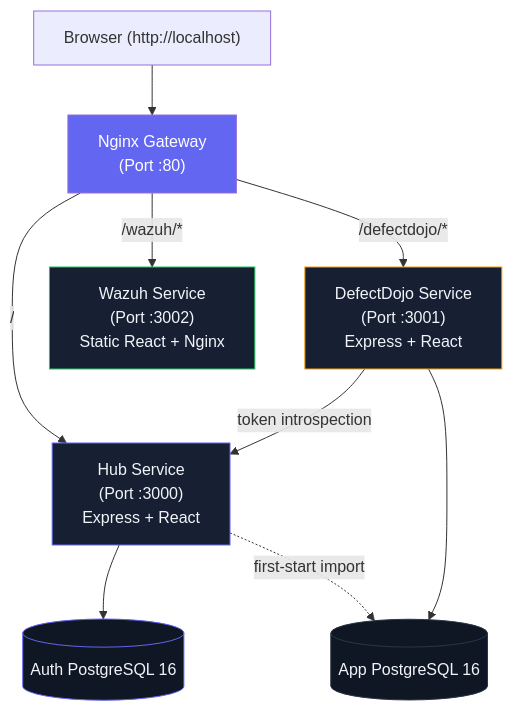
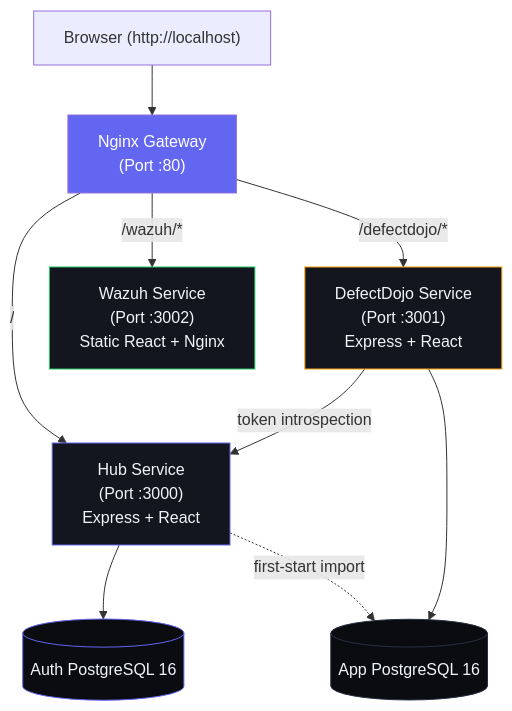
The diagram in README.md (Ratthapoom681/Middleware-2.0), drawn with Mermaid before and after one commit. The commit also changed 9 other files, not shown here.

````diff
--- a/README.md
+++ b/README.md
@@ -11,20 +11,20 @@
 ```mermaid
 graph TB
     User["Browser (http://localhost)"] --> Gateway["Nginx Gateway\n(Port :80)"]
     
     Gateway -->|"/"| Hub["Hub Service\n(Port :3000)\nExpress + React"]
     Gateway -->|"/defectdojo/*"| DDojo["DefectDojo Service\n(Port :3001)\nExpress + React"]
     Gateway -->|"/wazuh/*"| Wazuh["Wazuh Service\n(Port :3002)\nStatic React + Nginx"]
     
     Hub --> AuthDB[(Auth PostgreSQL 16)]
     Hub -. first-start import .-> DB[(App PostgreSQL 16)]
     DDojo --> DB
     DDojo -->|token introspection| Hub
 
     style Gateway fill:#6366f1,color:#fff
-    style Hub fill:#172033,stroke:#6366f1,color:#f1f4f9
-    style DDojo fill:#172033,stroke:#f59e0b,color:#f1f4f9
-    style Wazuh fill:#172033,stroke:#22c55e,color:#f1f4f9
-    style AuthDB fill:#0f1624,stroke:#6366f1,color:#f1f4f9
-    style DB fill:#0f1624,stroke:#2d3748,color:#f1f4f9
+    style Hub fill:#13161e,stroke:#6366f1,color:#f1f4f9
+    style DDojo fill:#13161e,stroke:#f59e0b,color:#f1f4f9
+    style Wazuh fill:#13161e,stroke:#22c55e,color:#f1f4f9
+    style AuthDB fill:#0a0c10,stroke:#6366f1,color:#f1f4f9
+    style DB fill:#0a0c10,stroke:#2a3145,color:#f1f4f9
 ```
````
